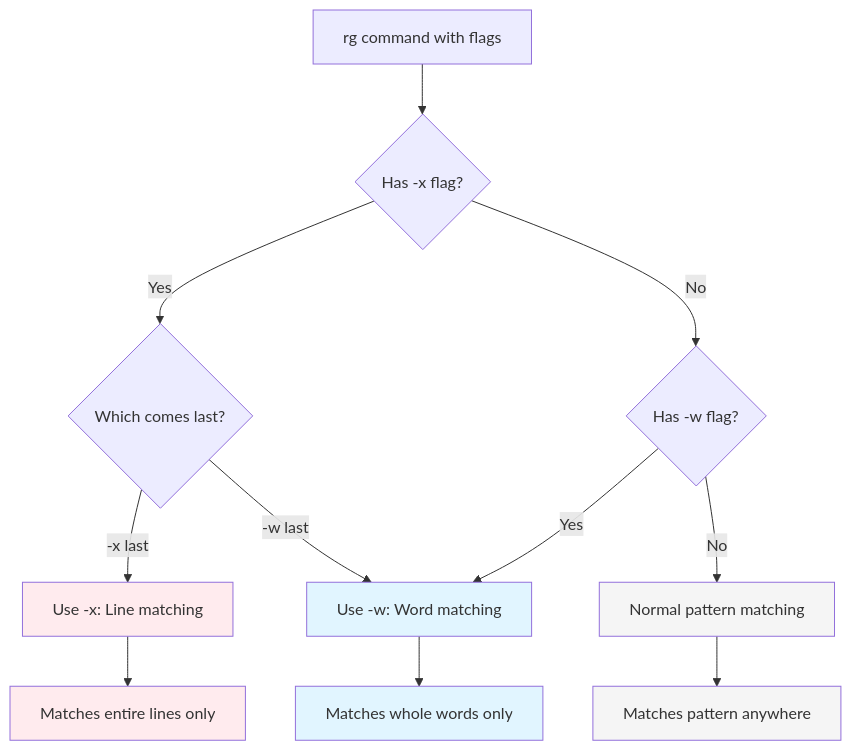
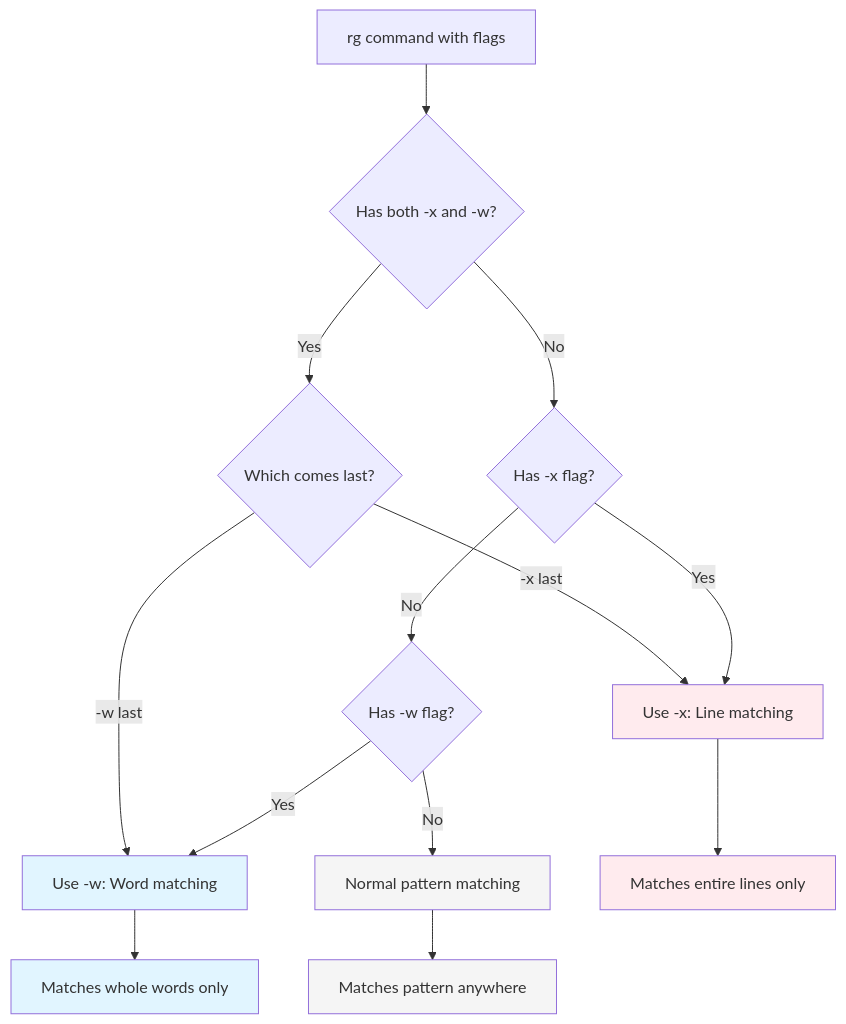
The second of 2 diagrams in docs/basics/boundaries.md (iepathos/ripgrep), drawn with Mermaid before and after one commit. The commit also changed other lines of this file, not shown here.

````diff
--- a/docs/basics/boundaries.md
+++ b/docs/basics/boundaries.md
@@ -91,28 +91,32 @@
 ```mermaid
 flowchart TD
     Start[rg command with flags]
 
+    HasBoth{Has both -x and -w?}
     HasX{Has -x flag?}
     HasW{Has -w flag?}
 
-    Start --> HasX
-    HasX -->|Yes| CheckOrder{Which comes last?}
-    HasX -->|No| HasW
+    Start --> HasBoth
+    HasBoth -->|Yes| CheckOrder{Which comes last?}
+    HasBoth -->|No| HasX
 
     CheckOrder -->|-x last| UseX[Use -x: Line matching]
     CheckOrder -->|-w last| UseW[Use -w: Word matching]
+
+    HasX -->|Yes| UseX
+    HasX -->|No| HasW
 
     HasW -->|Yes| UseW
     HasW -->|No| Normal[Normal pattern matching]
 
     UseX --> Result1["Matches entire lines only"]
     UseW --> Result2["Matches whole words only"]
     Normal --> Result3["Matches pattern anywhere"]
 
     style UseX fill:#ffebee
     style UseW fill:#e1f5ff
     style Normal fill:#f5f5f5
     style Result1 fill:#ffebee
     style Result2 fill:#e1f5ff
     style Result3 fill:#f5f5f5
 ```
````
